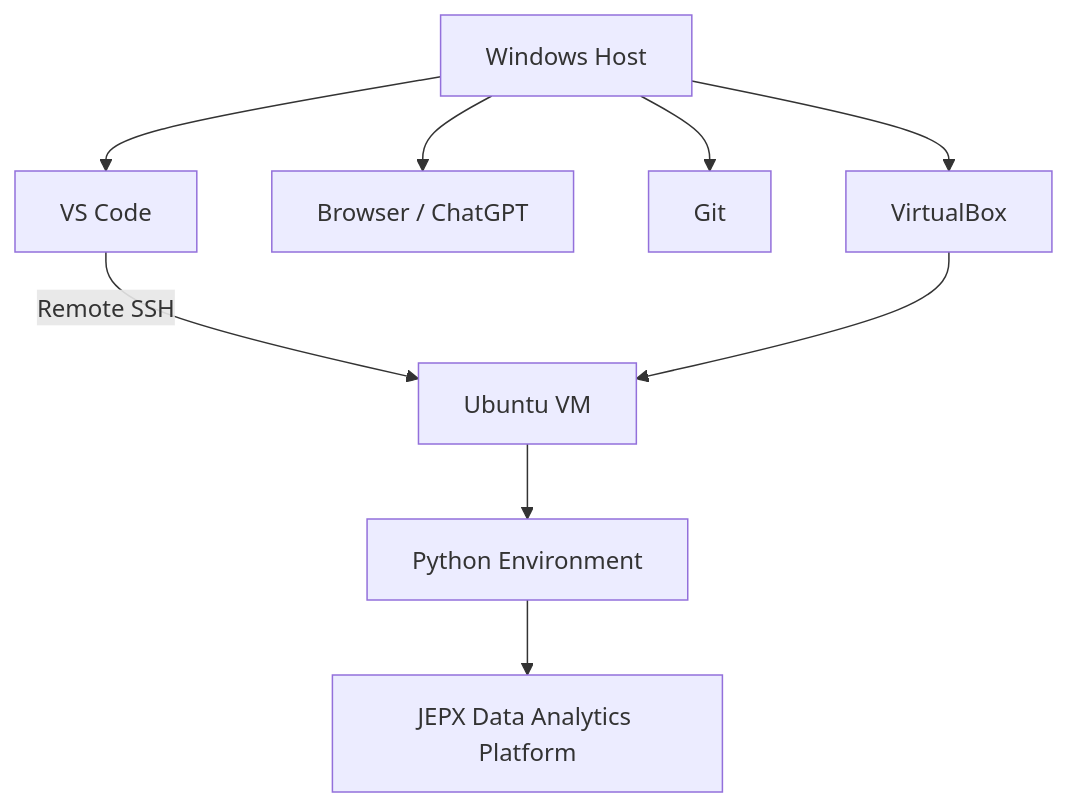
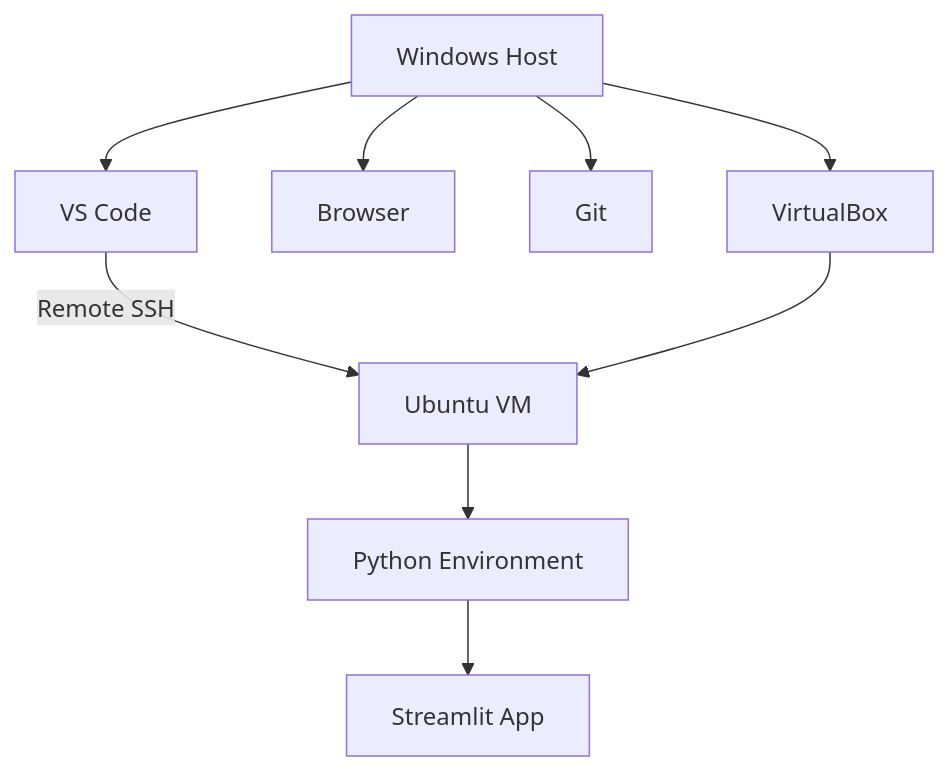
Before and after one commit to banzai80311315/jepx-data-analytics-platform: the first of 9 diagrams in README.md, drawn with Mermaid. The commit also changed other lines of this file, not shown here.

````diff
--- a/README.md
+++ b/README.md
@@ -27,14 +42,14 @@
 ```mermaid
 flowchart TD
     A[Windows Host]
     A --> B[VS Code]
-    A --> C[Browser / ChatGPT]
+    A --> C[Browser]
     A --> D[Git]
     A --> E[VirtualBox]
 
     B -->|Remote SSH| F[Ubuntu VM]
     E --> F
 
     F --> G[Python Environment]
-    G --> H[JEPX Data Analytics Platform]
+    G --> H[Streamlit App]
 ```
````
